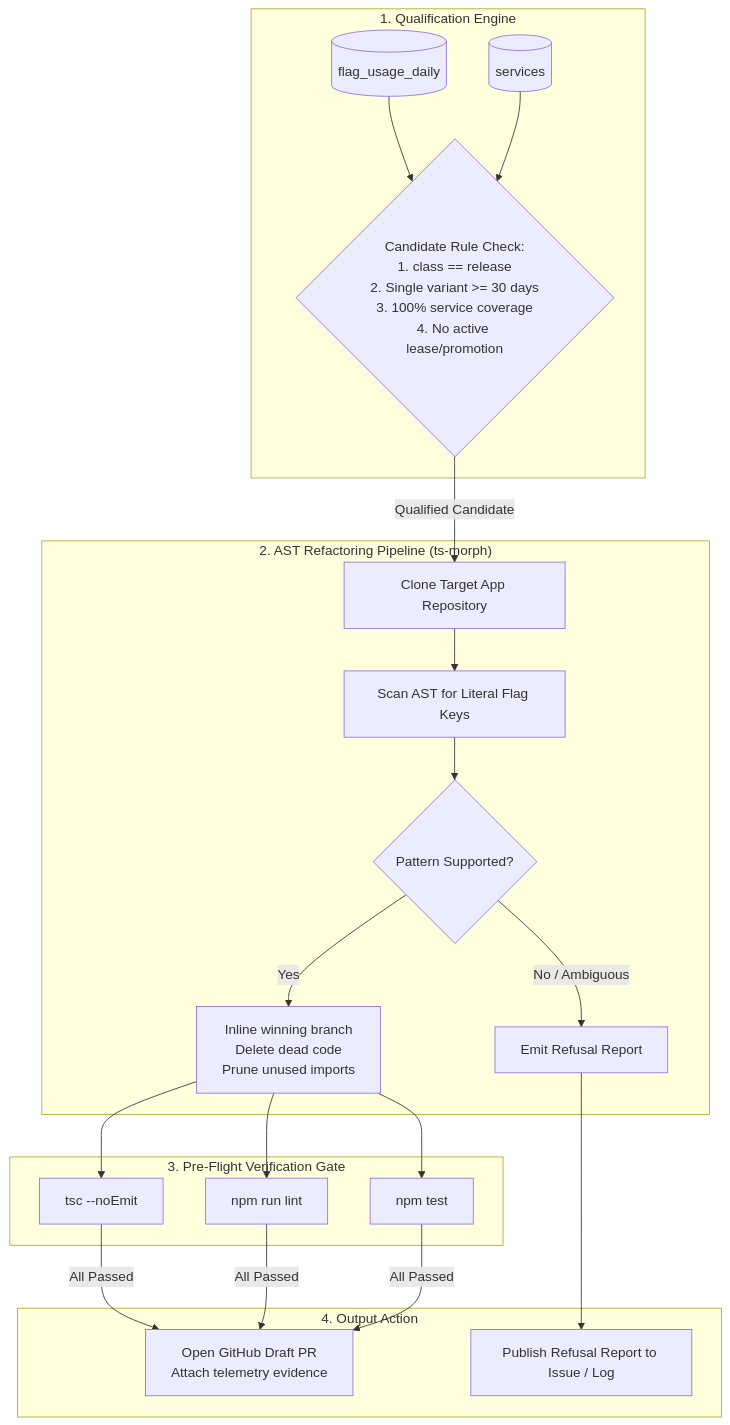
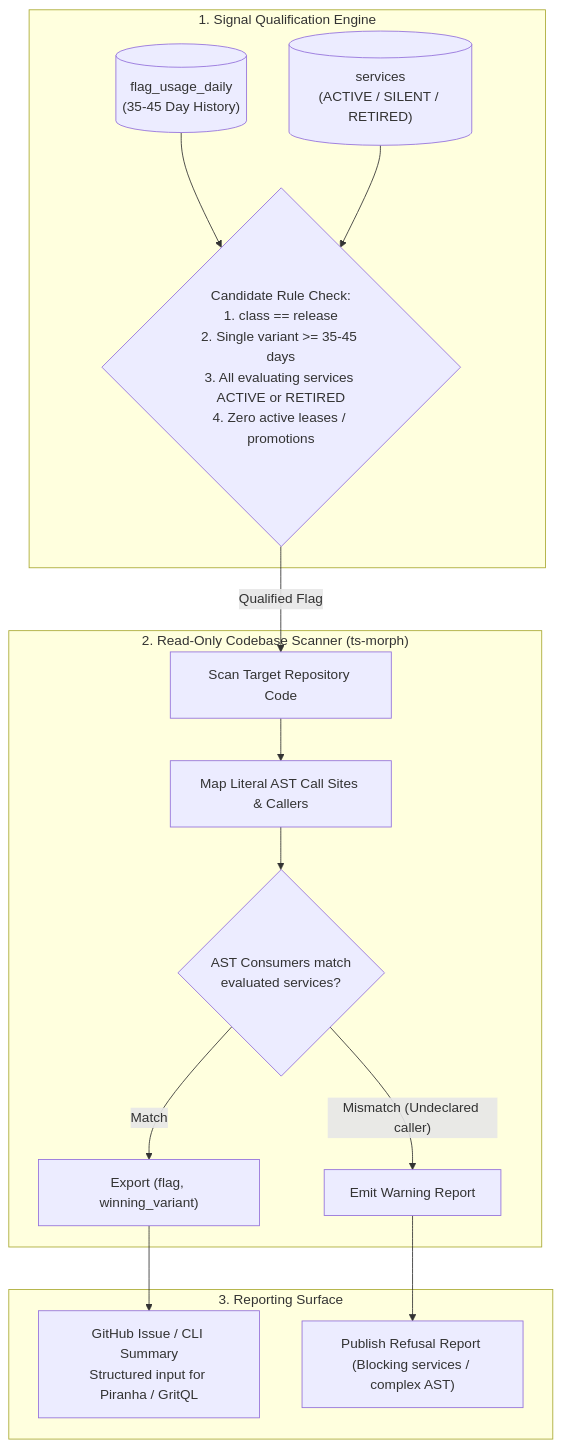
Before and after one commit to adityapawar112/SynapseState: the fourth of 4 diagrams in docs/ARCHITECTURE.md, drawn with Mermaid. The commit also changed other lines of this file and 25 other files, not shown here.

First line of the commit message:
docs: harden architecture, adopt operational simplifications, and consolidate ADR suite

````diff
--- a/docs/ARCHITECTURE.md
+++ b/docs/ARCHITECTURE.md
@@ -460,29 +595,23 @@
 ```mermaid
 flowchart TD
-    subgraph SignalQualification ["1. Qualification Engine"]
-        UsageDB[("flag_usage_daily")]
-        SvcDB[("services")]
-        Rule{"Candidate Rule Check:<br/>1. class == release<br/>2. Single variant >= 30 days<br/>3. 100% service coverage<br/>4. No active lease/promotion"}
+    subgraph SignalQualification ["1. Signal Qualification Engine"]
+        UsageDB[("flag_usage_daily<br/>(35-45 Day History)")]
+        SvcDB[("services<br/>(ACTIVE / SILENT / RETIRED)")]
+        Rule{"Candidate Rule Check:<br/>1. class == release<br/>2. Single variant >= 35-45 days<br/>3. All evaluating services ACTIVE or RETIRED<br/>4. Zero active leases / promotions"}
         UsageDB --> Rule
         SvcDB --> Rule
     end
 
-    subgraph ASTRefactoring ["2. AST Refactoring Pipeline (ts-morph)"]
-        Rule -->|"Qualified Candidate"| Clone["Clone Target App Repository"]
-        Clone --> Scan["Scan AST for Literal Flag Keys"]
-        Scan --> Pattern{"Pattern Supported?"}
-        Pattern -->|"Yes"| Rewrite["Inline winning branch<br/>Delete dead code<br/>Prune unused imports"]
-        Pattern -->|"No / Ambiguous"| Refuse["Emit Refusal Report"]
+    subgraph ReadOnlyScanner ["2. Read-Only Codebase Scanner (ts-morph)"]
+        Rule -->|"Qualified Flag"| Clone["Scan Target Repository Code"]
+        Clone --> Scan["Map Literal AST Call Sites & Callers"]
+        Scan --> ConsumerCheck{"AST Consumers match<br/>evaluated services?"}
+        ConsumerCheck -->|"Mismatch (Undeclared caller)"| Warn["Emit Warning Report"]
+        ConsumerCheck -->|"Match"| Export["Export (flag, winning_variant)"]
     end
 
-    subgraph VerificationGate ["3. Pre-Flight Verification Gate"]
-        Rewrite --> TypeCheck["tsc --noEmit"]
-        Rewrite --> Linter["npm run lint"]
-        Rewrite --> Tests["npm test"]
-    end
-
-    subgraph OutputAction ["4. Output Action"]
-        TypeCheck & Linter & Tests -->|"All Passed"| PR["Open GitHub Draft PR<br/>Attach telemetry evidence"]
-        Refuse --> Report["Publish Refusal Report to Issue / Log"]
+    subgraph ReportingSurface ["3. Reporting Surface"]
+        Export --> Issue["GitHub Issue / CLI Summary<br/>Structured input for Piranha / GritQL"]
+        Warn --> Refuse["Publish Refusal Report (Blocking services / complex AST)"]
     end
 ```
````
